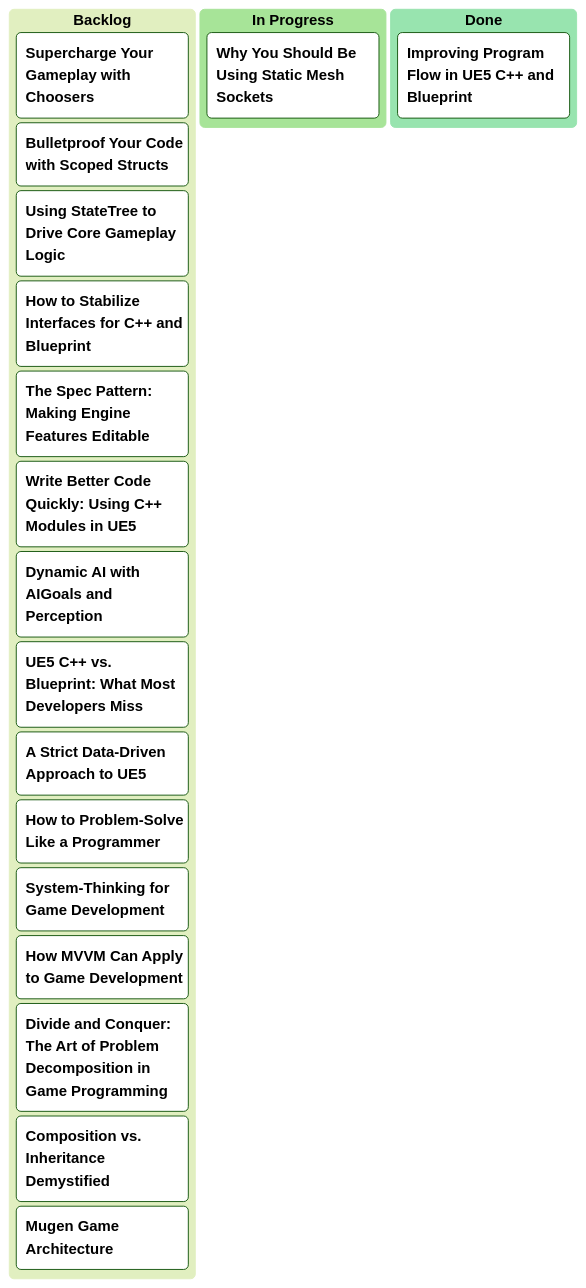
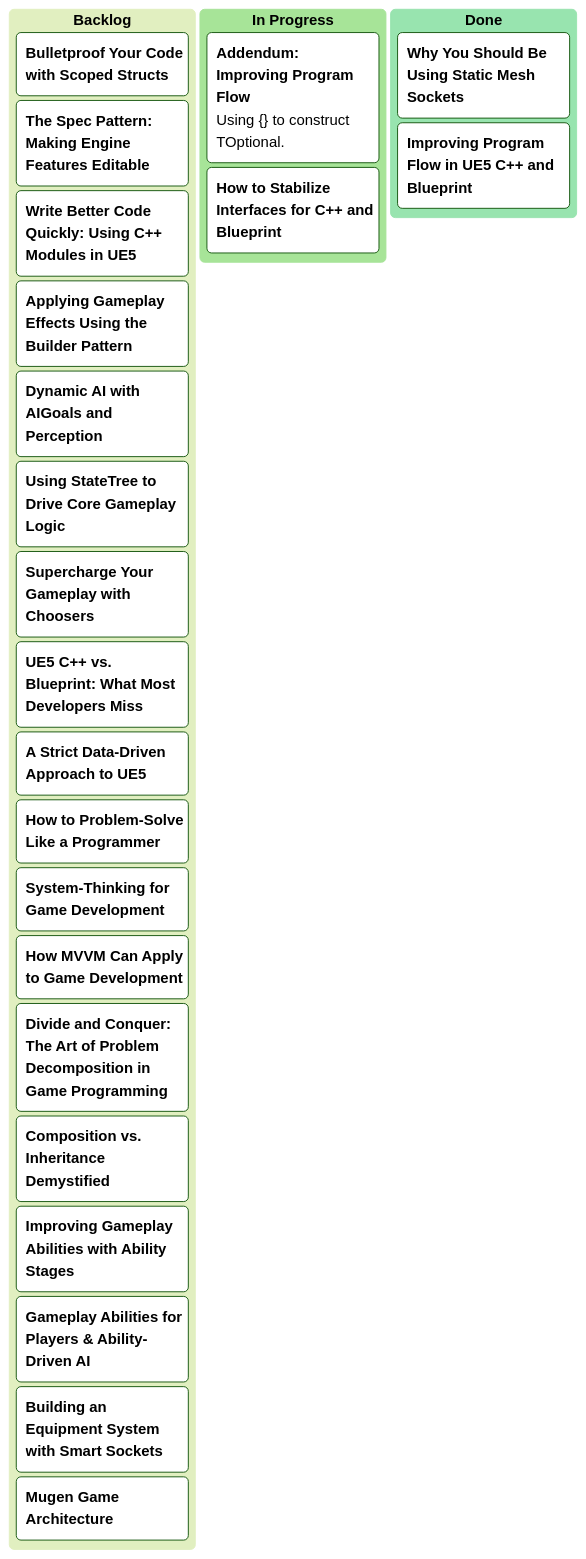
The diagram in kanban.md (mugenmelon/mugenmelon.github.io), drawn with Mermaid (forest theme) before and after one commit. The commit also changed 2 other files, not shown here.

```diff
--- a/kanban.md
+++ b/kanban.md
@@ -8,24 +8,31 @@
 <pre class="mermaid">
 kanban
     ["`**Backlog**`"]
-        ["`**Supercharge Your Gameplay with Choosers**`"]
         ["`**Bulletproof Your Code with Scoped Structs**`"]
-        ["`**Using StateTree to Drive Core Gameplay Logic**`"]
-        ["`**How to Stabilize Interfaces for C++ and Blueprint**`"]
         ["`**The Spec Pattern: Making Engine Features Editable**`"]
         ["`**Write Better Code Quickly: Using C++ Modules in UE5**`"]
+        ["`**Applying Gameplay Effects Using the Builder Pattern**`"]
         ["`**Dynamic AI with AIGoals and Perception**`"]
-        
+        ["`**Using StateTree to Drive Core Gameplay Logic**`"]
+        ["`**Supercharge Your Gameplay with Choosers**`"]
+
         ["`**UE5 C++ vs. Blueprint: What Most Developers Miss**`"]
         ["`**A Strict Data-Driven Approach to UE5**`"]
         ["`**How to Problem-Solve Like a Programmer**`"]
         ["`**System-Thinking for Game Development**`"]
         ["`**How MVVM Can Apply to Game Development**`"]
         ["`**Divide and Conquer: The Art of Problem Decomposition in Game Programming**`"]
         ["`**Composition vs. Inheritance Demystified**`"]
+        ["`**Improving Gameplay Abilities with Ability Stages**`"]
+        ["`**Gameplay Abilities for Players & Ability-Driven AI**`"]
+        ["`**Building an Equipment System with Smart Sockets**`"]
         ["`**Mugen Game Architecture**`"]
     ["`**In Progress**`"]
+        ["`**Addendum: Improving Program Flow**
+            Using {} to construct TOptional.
+        `"]
+        ["`**How to Stabilize Interfaces for C++ and Blueprint**`"]
+    ["`**Done**`"]
         ["`**Why You Should Be Using Static Mesh Sockets**`"]
-    ["`**Done**`"]
         ["`**Improving Program Flow in UE5 C++ and Blueprint**`"]
 </pre>
```
